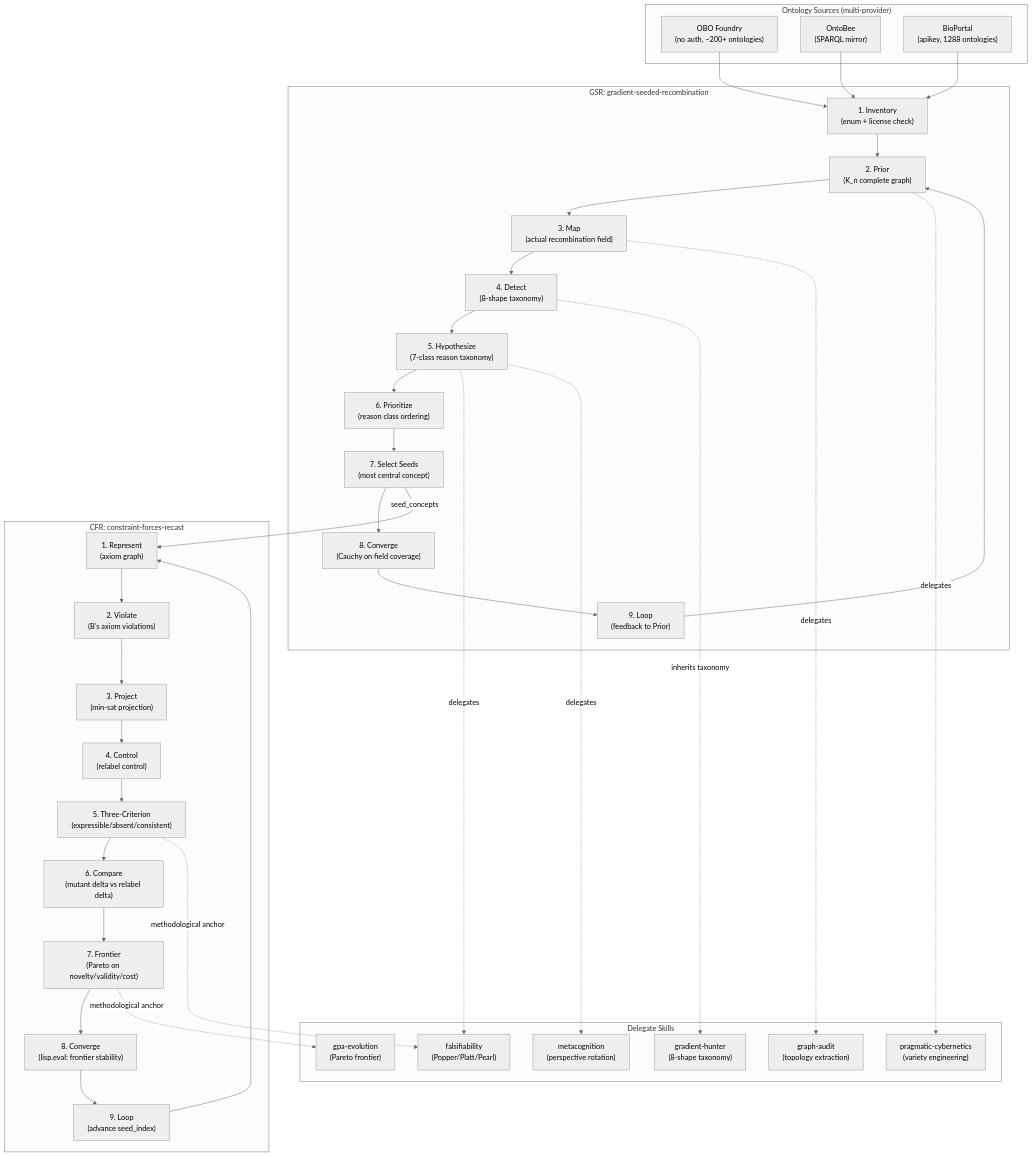
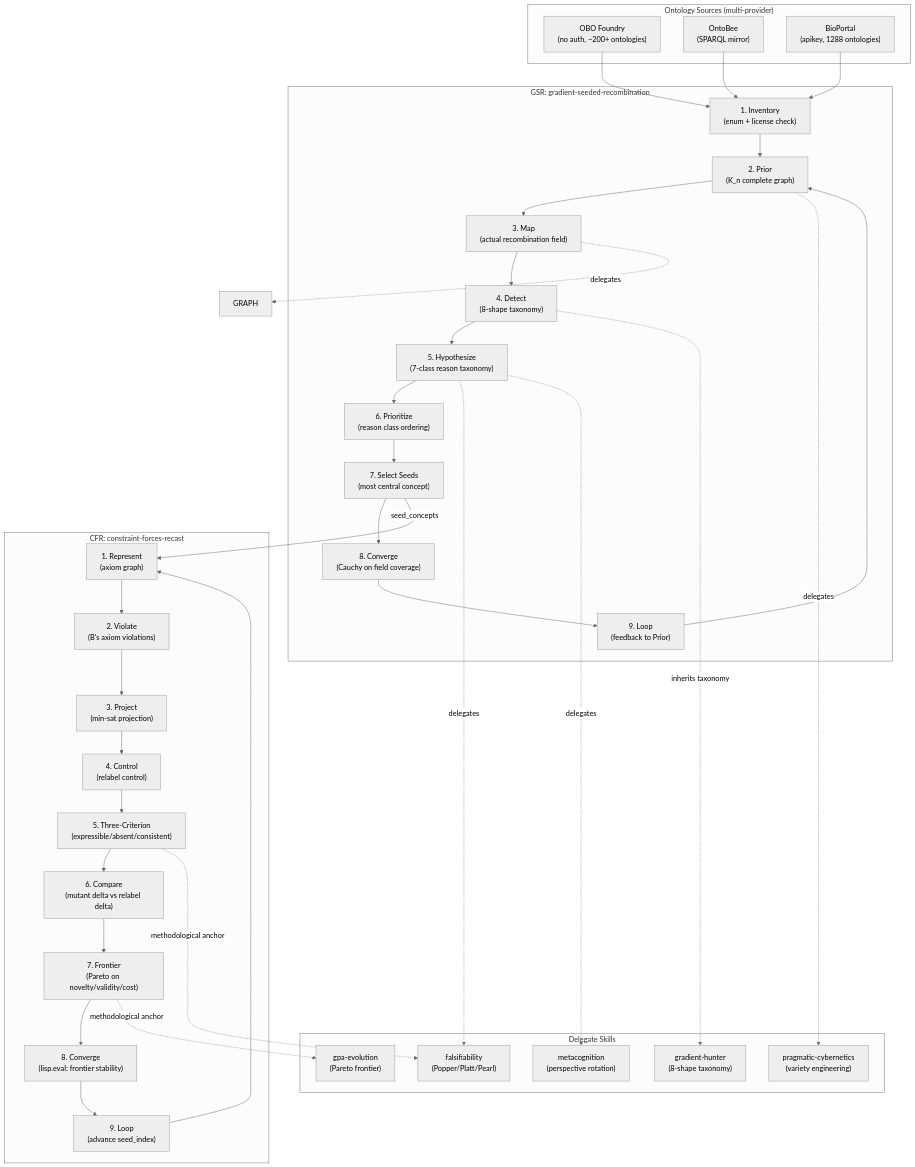
One commit to mdz-axo/zed-kask changed the diagram in kask/docs/diagrams/architecture-constraint-forces-skills.md. Above: the diagram before and after it, drawn with Mermaid (neutral theme). The commit also changed 30 other files, not shown here.

````diff
--- a/kask/docs/diagrams/architecture-constraint-forces-skills.md
+++ b/kask/docs/diagrams/architecture-constraint-forces-skills.md
@@ -5,62 +5,61 @@
 ```mermaid
 graph TD
     subgraph "Ontology Sources (multi-provider)"
         OBO["OBO Foundry\n(no auth, ~200+ ontologies)"]
         ONTOBEE["OntoBee\n(SPARQL mirror)"]
         BIOPORTAL["BioPortal\n(apikey, 1288 ontologies)"]
     end
 
     subgraph "GSR: gradient-seeded-recombination"
         GSR_INV["1. Inventory\n(enum + license check)"]
         GSR_PRIOR["2. Prior\n(K_n complete graph)"]
         GSR_MAP["3. Map\n(actual recombination field)"]
         GSR_DETECT["4. Detect\n(8-shape taxonomy)"]
         GSR_HYP["5. Hypothesize\n(7-class reason taxonomy)"]
         GSR_PRIO["6. Prioritize\n(reason class ordering)"]
         GSR_SEED["7. Select Seeds\n(most central concept)"]
         GSR_CONV["8. Converge\n(Cauchy on field coverage)"]
         GSR_LOOP["9. Loop\n(feedback to Prior)"]
 
         GSR_INV --> GSR_PRIOR --> GSR_MAP --> GSR_DETECT --> GSR_HYP --> GSR_PRIO --> GSR_SEED --> GSR_CONV --> GSR_LOOP
         GSR_LOOP --> GSR_PRIOR
     end
 
     subgraph "CFR: constraint-forces-recast"
         CFR_REP["1. Represent\n(axiom graph)"]
         CFR_VIOL["2. Violate\n(B's axiom violations)"]
         CFR_PROJ["3. Project\n(min-sat projection)"]
         CFR_CTRL["4. Control\n(relabel control)"]
         CFR_3CRIT["5. Three-Criterion\n(expressible/absent/consistent)"]
         CFR_CMP["6. Compare\n(mutant delta vs relabel delta)"]
         CFR_FRON["7. Frontier\n(Pareto on novelty/validity/cost)"]
         CFR_CONV["8. Converge\n(lisp.eval: frontier stability)"]
         CFR_LOOP["9. Loop\n(advance seed_index)"]
 
         CFR_REP --> CFR_VIOL --> CFR_PROJ --> CFR_CTRL --> CFR_3CRIT --> CFR_CMP --> CFR_FRON --> CFR_CONV --> CFR_LOOP
         CFR_LOOP --> CFR_REP
     end
 
     subgraph "Delegate Skills"
         FALS["falsifiability\n(Popper/Platt/Pearl)"]
         GHUNT["gradient-hunter\n(8-shape taxonomy)"]
         GPA["gpa-evolution\n(Pareto frontier)"]
         PCYB["pragmatic-cybernetics\n(variety engineering)"]
-        GRAPH["graph-audit\n(topology extraction)"]
         META["metacognition\n(perspective rotation)"]
     end
 
     OBO --> GSR_INV
     ONTOBEE --> GSR_INV
     BIOPORTAL --> GSR_INV
 
     GSR_HYP -.->|delegates| FALS
     GSR_HYP -.->|delegates| META
     GSR_PRIOR -.->|delegates| PCYB
     GSR_MAP -.->|delegates| GRAPH
     GSR_DETECT -.->|inherits taxonomy| GHUNT
 
     GSR_SEED -->|seed_concepts| CFR_REP
 
     CFR_3CRIT -.->|methodological anchor| FALS
     CFR_FRON -.->|methodological anchor| GPA
 ```
````
